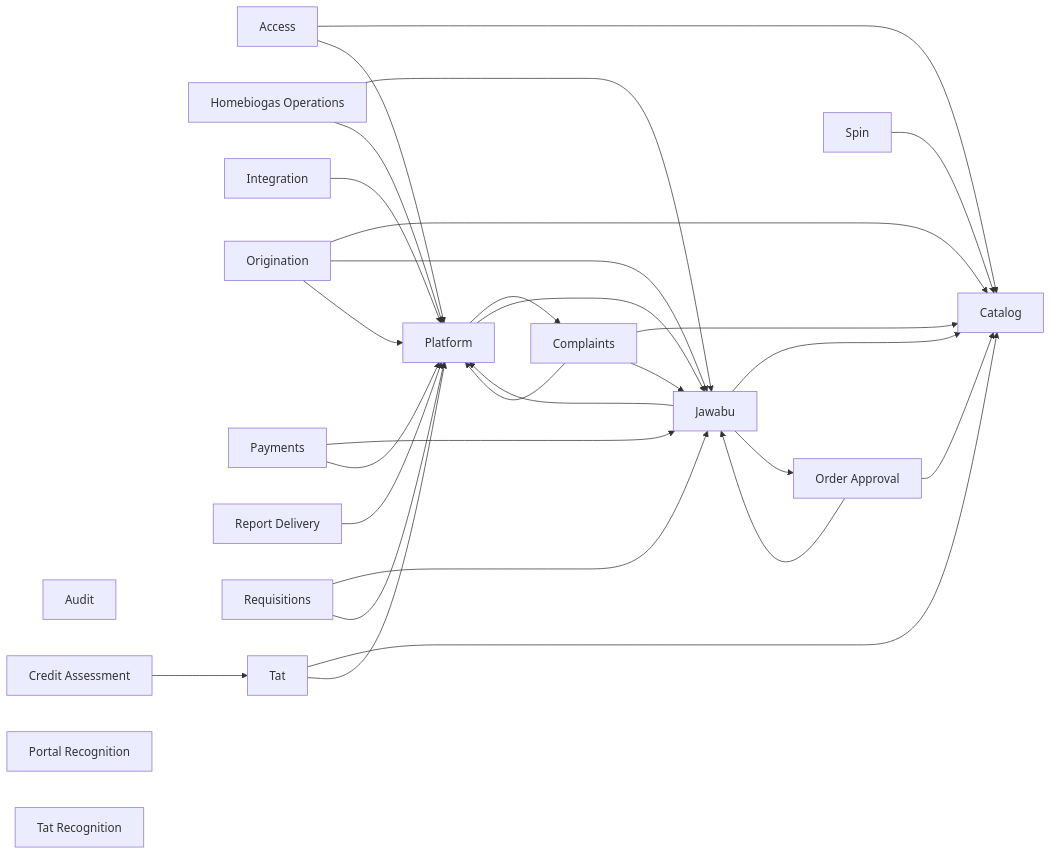
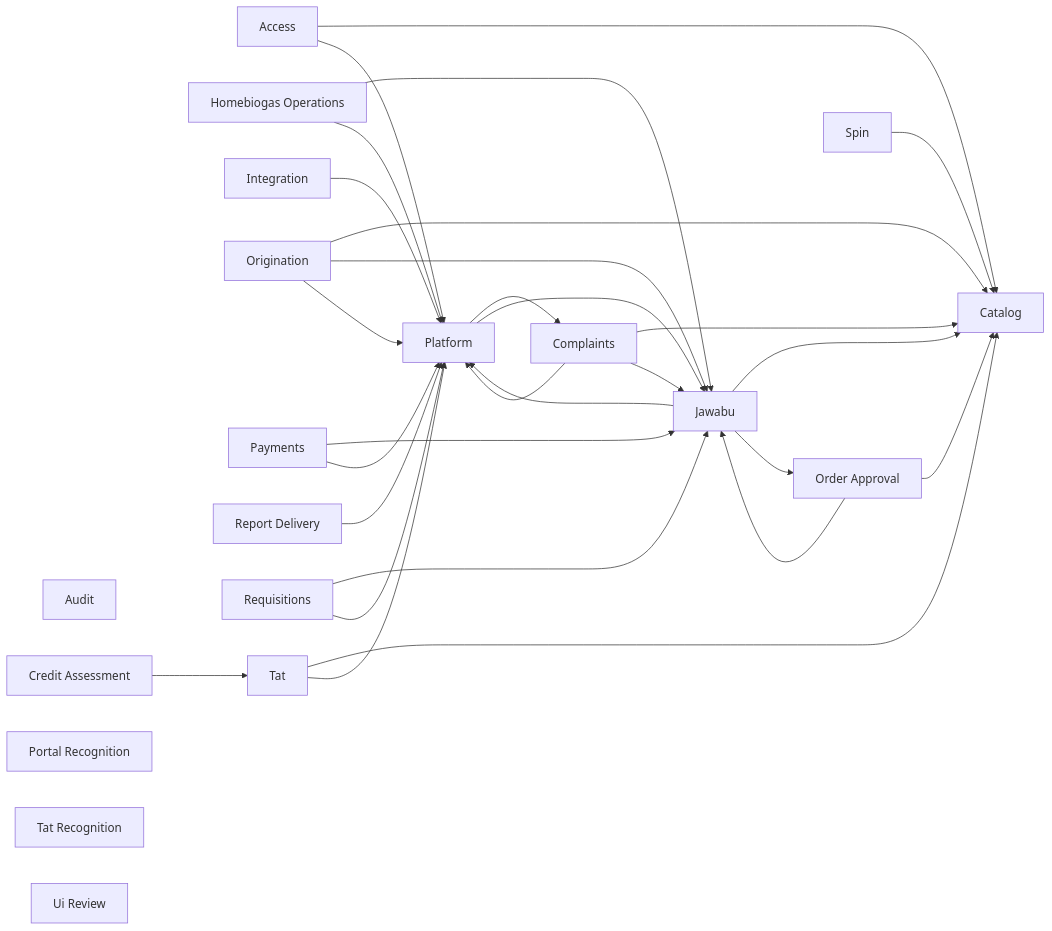
The diagram in docs/database/overview.mmd (bedanavrvm/HB-Biogas-Telegram-Bot), drawn with Mermaid before and after one commit. The commit also changed 54 other files, not shown here.

```diff
--- a/docs/database/overview.mmd
+++ b/docs/database/overview.mmd
@@ -1,46 +1,47 @@
 flowchart LR
   access["Access"]
   audit["Audit"]
   catalog["Catalog"]
   complaints["Complaints"]
   credit_assessment["Credit Assessment"]
   homebiogas_operations["Homebiogas Operations"]
   integration["Integration"]
   jawabu["Jawabu"]
   order_approval["Order Approval"]
   origination["Origination"]
   payments["Payments"]
   platform["Platform"]
   portal_recognition["Portal Recognition"]
   report_delivery["Report Delivery"]
   requisitions["Requisitions"]
   spin["Spin"]
   tat["Tat"]
   tat_recognition["Tat Recognition"]
+  ui_review["Ui Review"]
   access --> catalog
   access --> platform
   complaints --> catalog
   complaints --> jawabu
   complaints --> platform
   credit_assessment --> tat
   homebiogas_operations --> jawabu
   homebiogas_operations --> platform
   integration --> platform
   jawabu --> catalog
   jawabu --> order_approval
   jawabu --> platform
   order_approval --> catalog
   order_approval --> jawabu
   origination --> catalog
   origination --> jawabu
   origination --> platform
   payments --> jawabu
   payments --> platform
   platform --> complaints
   platform --> jawabu
   report_delivery --> platform
   requisitions --> jawabu
   requisitions --> platform
   spin --> catalog
   tat --> catalog
   tat --> platform
```
